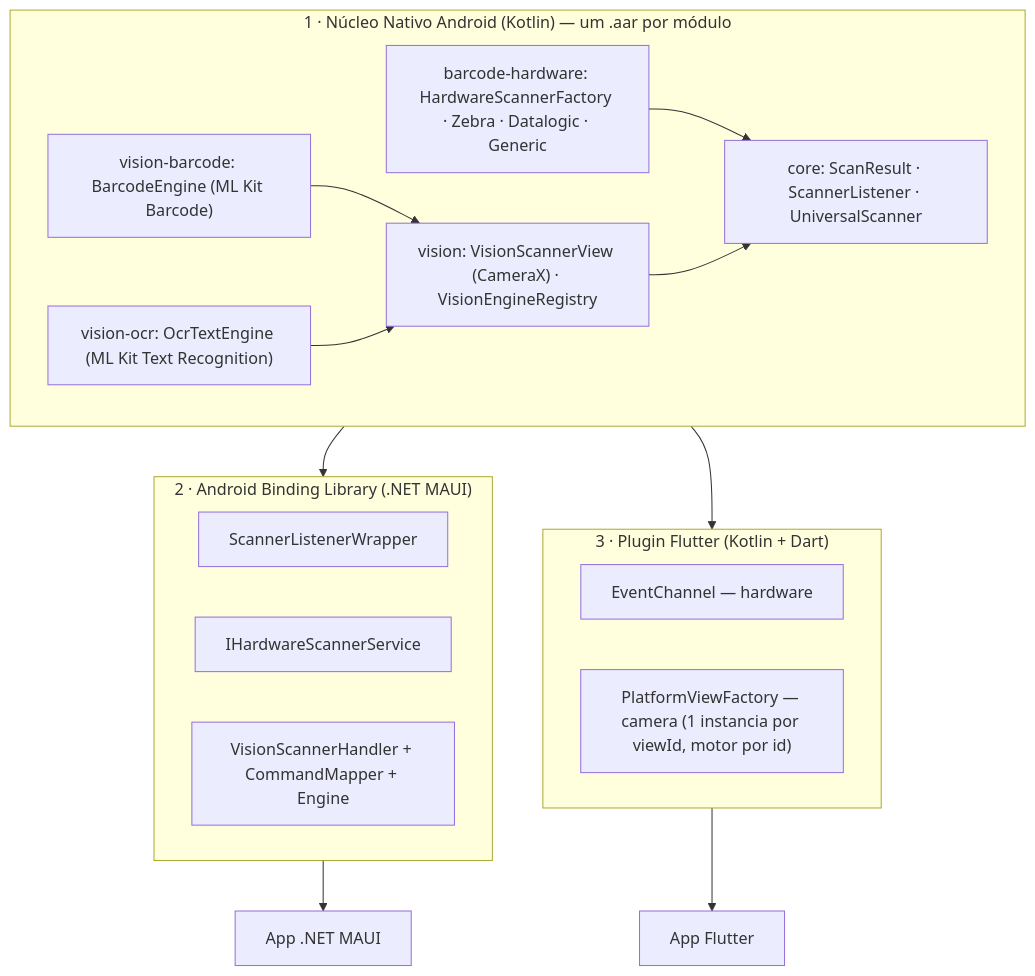
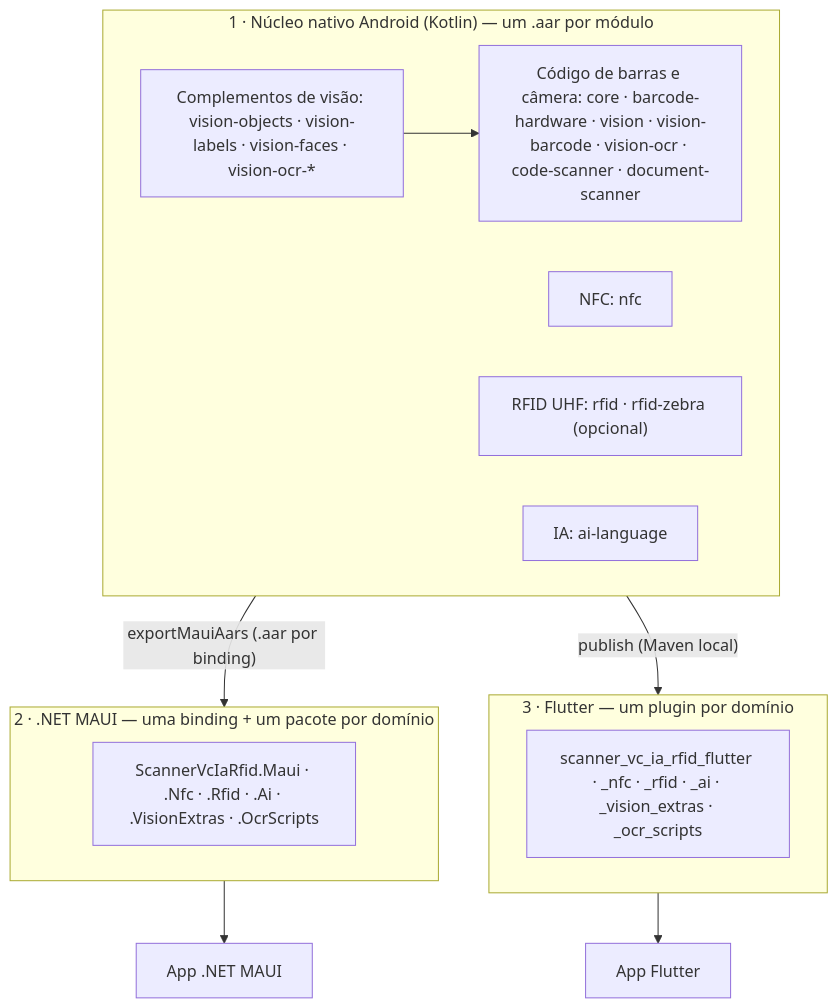
Before and after one commit to marivaldojunior/open-system-scanner: the diagram in README.md, drawn with Mermaid. The commit also changed other lines of this file, not shown here.

````diff
--- a/README.md
+++ b/README.md
@@ -33,28 +49,22 @@
 ```mermaid
 flowchart TB
-    subgraph Native["1 · Núcleo Nativo Android (Kotlin) — um .aar por módulo"]
-        Core["core: ScanResult · ScannerListener · UniversalScanner"]
-        Hardware["barcode-hardware: HardwareScannerFactory · Zebra · Datalogic · Generic"]
-        Vision["vision: VisionScannerView (CameraX) · VisionEngineRegistry"]
-        VBarcode["vision-barcode: BarcodeEngine (ML Kit Barcode)"]
-        VOcr["vision-ocr: OcrTextEngine (ML Kit Text Recognition)"]
-        Hardware --> Core
-        Vision --> Core
-        VBarcode --> Vision
-        VOcr --> Vision
+    subgraph Native["1 · Núcleo nativo Android (Kotlin) — um .aar por módulo"]
+        Barcode["Código de barras e câmera: core · barcode-hardware · vision · vision-barcode · vision-ocr · code-scanner · document-scanner"]
+        Nfc["NFC: nfc"]
+        Rfid["RFID UHF: rfid · rfid-zebra (opcional)"]
+        Ai["IA: ai-language"]
+        Extras["Complementos de visão: vision-objects · vision-labels · vision-faces · vision-ocr-*"]
+        Extras --> Barcode
     end
 
-    subgraph Maui["2 · Android Binding Library (.NET MAUI)"]
-        Wrapper["ScannerListenerWrapper"]
-        Service["IHardwareScannerService"]
-        Handler["VisionScannerHandler + CommandMapper + Engine"]
+    subgraph Maui["2 · .NET MAUI — uma binding + um pacote por domínio"]
+        MauiPkgs["ScannerVcIaRfid.Maui · .Nfc · .Rfid · .Ai · .VisionExtras · .OcrScripts"]
     end
 
-    subgraph Flutter["3 · Plugin Flutter (Kotlin + Dart)"]
-        EventCh["EventChannel — hardware"]
-        PView["PlatformViewFactory — camera (1 instancia por viewId, motor por id)"]
+    subgraph Flutter["3 · Flutter — um plugin por domínio"]
+        FlutterPkgs["scanner_vc_ia_rfid_flutter · _nfc · _rfid · _ai · _vision_extras · _ocr_scripts"]
     end
 
-    Native --> Maui --> MauiApp["App .NET MAUI"]
-    Native --> Flutter --> FlutterApp["App Flutter"]
+    Native -- "exportMauiAars (.aar por binding)" --> Maui --> MauiApp["App .NET MAUI"]
+    Native -- "publish (Maven local)" --> Flutter --> FlutterApp["App Flutter"]
 ```
````
